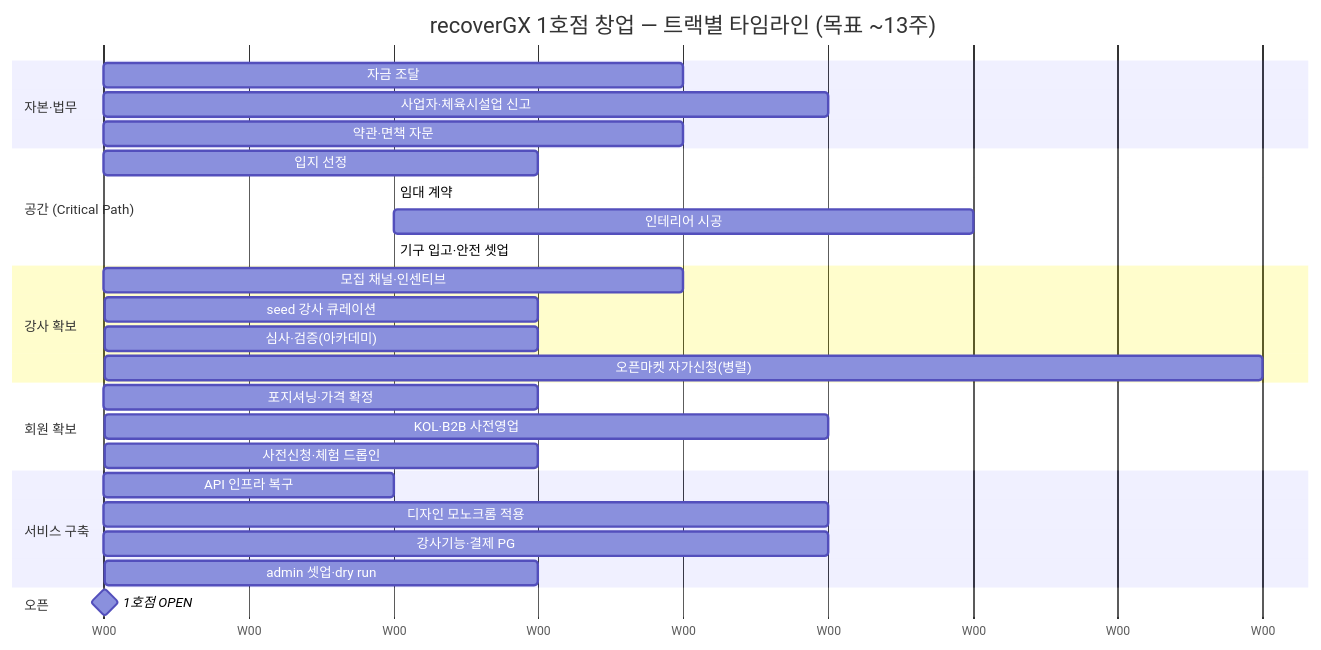
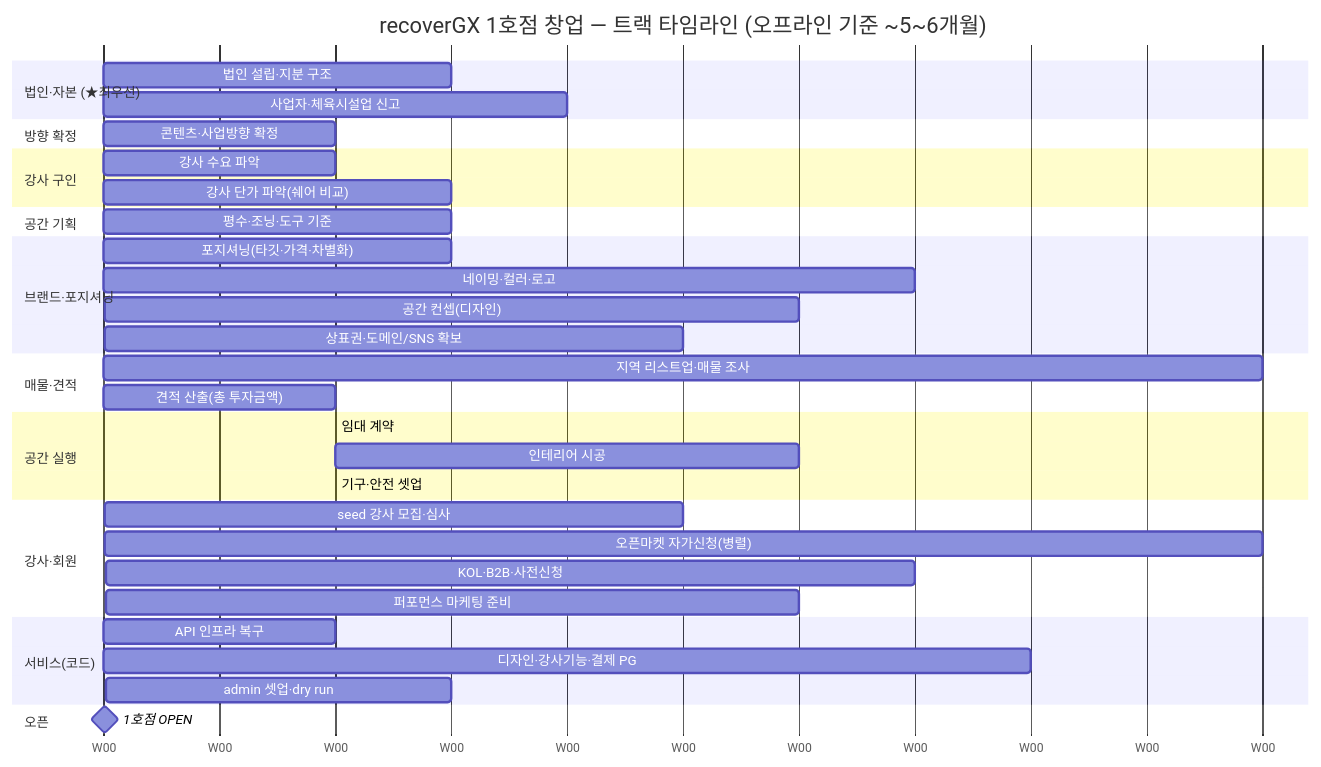
One commit to Young-000/pt-platform-docs changed the first of 2 diagrams in operations/tech-tree.md. Above: the diagram before and after it, drawn with Mermaid. The commit also changed other lines of this file, not shown here.

Commit message:
docs(tech-tree): 협업자 사전준비표 + Founder 6대 과제 반영 — 법인·지분(★)·브랜드/포지셔닝·상표권/디지털영토·퍼포먼스 마케팅, 타임라인 ~5~6개월

````diff
--- a/operations/tech-tree.md
+++ b/operations/tech-tree.md
@@ -14,37 +14,49 @@
 ```mermaid
 gantt
-    title recoverGX 1호점 창업 — 트랙별 타임라인 (목표 ~13주)
+    title recoverGX 1호점 창업 — 트랙 타임라인 (오프라인 기준 ~5~6개월)
     dateFormat X
     axisFormat W%W
 
-    section 자본·법무
-    자금 조달                 :a1, 0, 4
-    사업자·체육시설업 신고     :a2, 1, 5
-    약관·면책 자문            :a3, 2, 4
+    section 법인·자본 (★최우선)
+    법인 설립·지분 구조         :c0, 0, 3
+    사업자·체육시설업 신고       :c1, 3, 4
 
-    section 공간 (Critical Path)
-    입지 선정                 :s1, 0, 3
-    임대 계약                 :s2, after s1, 2
-    인테리어 시공             :s3, after s2, 6
-    기구 입고·안전 셋업        :s4, after s3, 2
+    section 방향 확정
+    콘텐츠·사업방향 확정        :d0, 0, 2
 
-    section 강사 확보
-    모집 채널·인센티브         :m1, 3, 4
-    seed 강사 큐레이션         :m2, 7, 3
-    심사·검증(아카데미)        :m3, 9, 3
-    오픈마켓 자가신청(병렬)     :m4, 5, 8
+    section 강사 구인
+    강사 수요 파악             :m1, 2, 2
+    강사 단가 파악(쉐어 비교)   :m2, 2, 3
 
-    section 회원 확보
-    포지셔닝·가격 확정         :u1, 2, 3
-    KOL·B2B 사전영업          :u2, 6, 5
-    사전신청·체험 드롭인       :u3, 10, 3
+    section 공간 기획
+    평수·조닝·도구 기준         :g1, 2, 3
 
-    section 서비스 구축
-    API 인프라 복구           :p1, 0, 2
-    디자인 모노크롬 적용       :p2, 1, 5
-    강사기능·결제 PG          :p3, 3, 5
-    admin 셋업·dry run        :p4, 9, 3
+    section 브랜드·포지셔닝
+    포지셔닝(타깃·가격·차별화)   :b0, 2, 3
+    네이밍·컬러·로고            :b1, 4, 7
+    공간 컨셉(디자인)           :b2, 8, 6
+    상표권·도메인/SNS 확보       :b3, 8, 5
+
+    section 매물·견적
+    지역 리스트업·매물 조사      :r1, 2, 10
+    견적 산출(총 투자금액)       :r2, 2, 2
+
+    section 공간 실행
+    임대 계약                  :s1, after r1, 2
+    인테리어 시공              :s2, after s1, 6
+    기구·안전 셋업             :s3, after s2, 2
+
+    section 강사·회원
+    seed 강사 모집·심사         :m3, 14, 5
+    오픈마켓 자가신청(병렬)      :m4, 12, 10
+    KOL·B2B·사전신청           :u1, 16, 7
+    퍼포먼스 마케팅 준비         :u2, 18, 6
+
+    section 서비스(코드)
+    API 인프라 복구            :p1, 0, 2
+    디자인·강사기능·결제 PG     :p2, 2, 8
+    admin 셋업·dry run         :p3, 20, 3
 
     section 오픈
-    1호점 OPEN               :milestone, open, 13, 0
+    1호점 OPEN                :milestone, open, 24, 0
 ```
````
